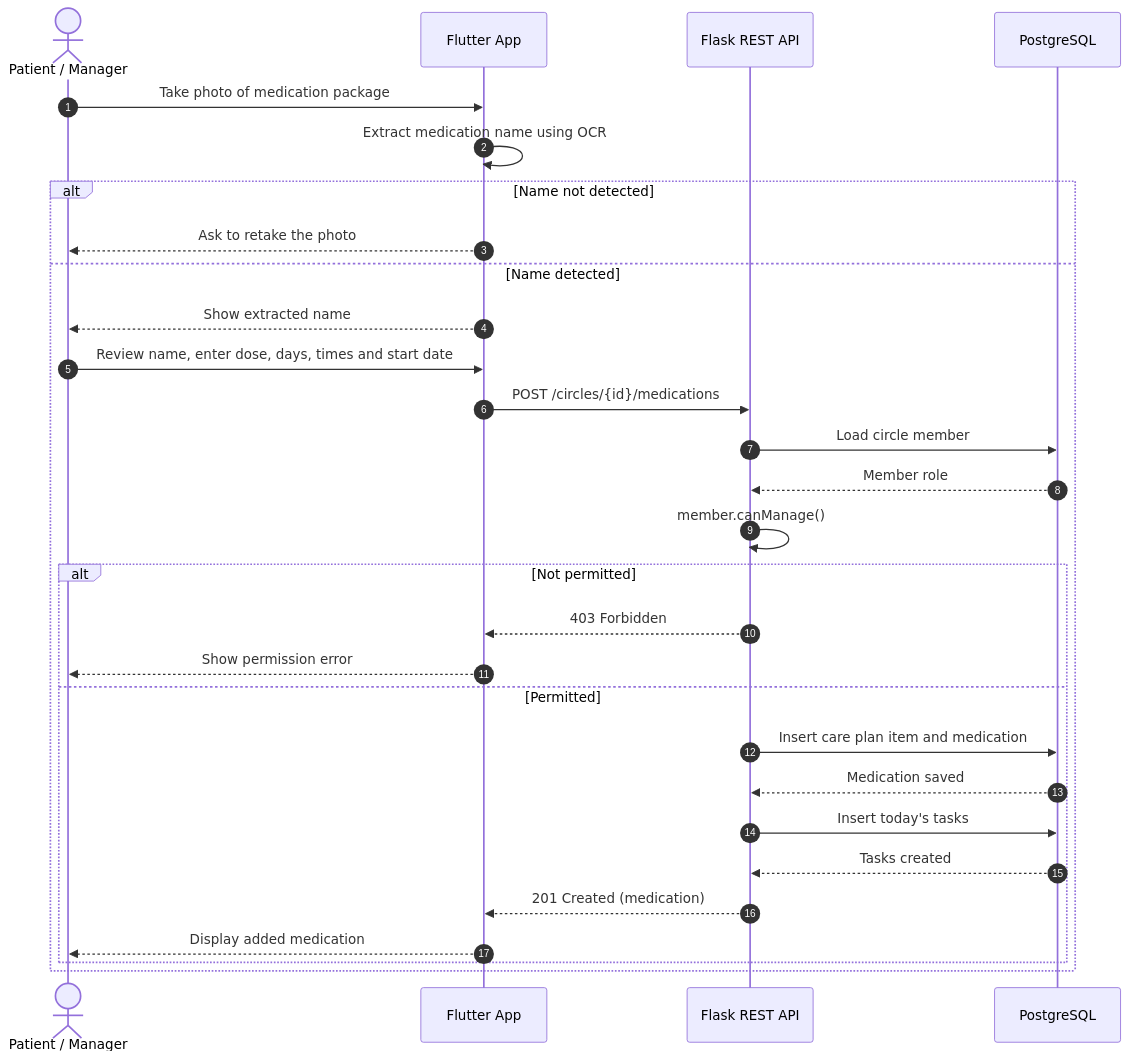
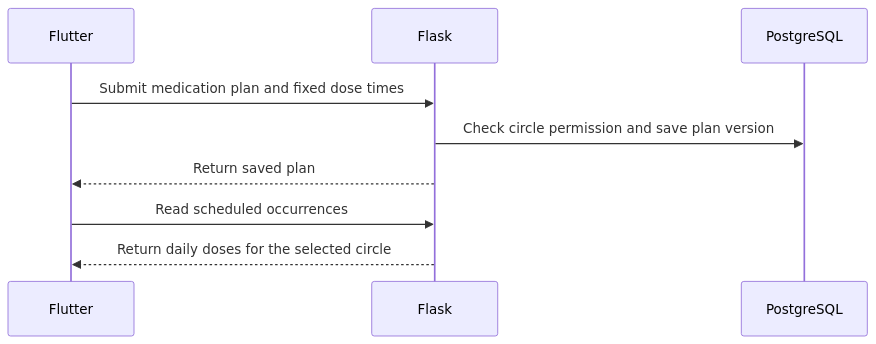
Before and after one commit to Alanoud-Aloraydi/TFAQUD-Portfolio: the fifth of 5 diagrams in docs/stage-3-technical-documentation.md, drawn with Mermaid. The commit also changed other lines of this file and 5 other files, not shown here.

````diff
--- a/docs/stage-3-technical-documentation.md
+++ b/docs/stage-3-technical-documentation.md
@@ -988,35 +103,11 @@
 ```mermaid
 sequenceDiagram
-    autonumber
-    actor U as Patient / Manager
-    participant App as Flutter App
-    participant API as Flask REST API
+    participant App as Flutter
+    participant API as Flask
     participant DB as PostgreSQL
-
-    U->>App: Take photo of medication package
-    App->>App: Extract medication name using OCR
-    alt Name not detected
-        App-->>U: Ask to retake the photo
-    else Name detected
-        App-->>U: Show extracted name
-        U->>App: Review name, enter dose, days, times and start date
-        App->>API: POST /circles/{id}/medications
-        API->>DB: Load circle member
-        DB-->>API: Member role
-        API->>API: member.canManage()
-
-        alt Not permitted
-            API-->>App: 403 Forbidden
-            App-->>U: Show permission error
-        else Permitted
-
-            API->>DB: Insert care plan item and medication
-            DB-->>API: Medication saved
-            API->>DB: Insert today's tasks
-            DB-->>API: Tasks created
-            API-->>App: 201 Created (medication)
-            App-->>U: Display added medication
-
-        end
-    end
+    App->>API: Submit medication plan and fixed dose times
+    API->>DB: Check circle permission and save plan version
+    API-->>App: Return saved plan
+    App->>API: Read scheduled occurrences
+    API-->>App: Return daily doses for the selected circle
 ```
````
